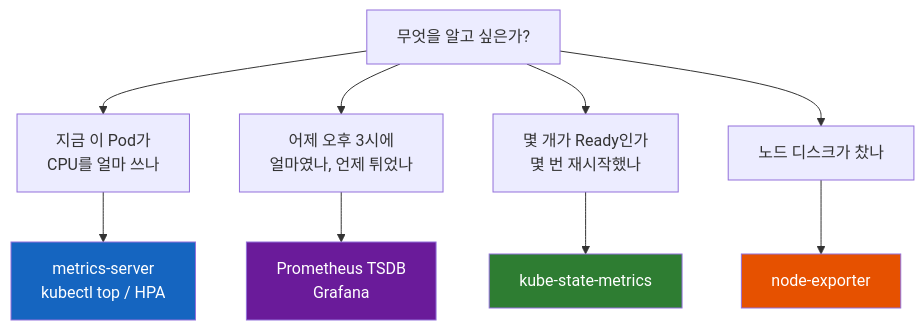
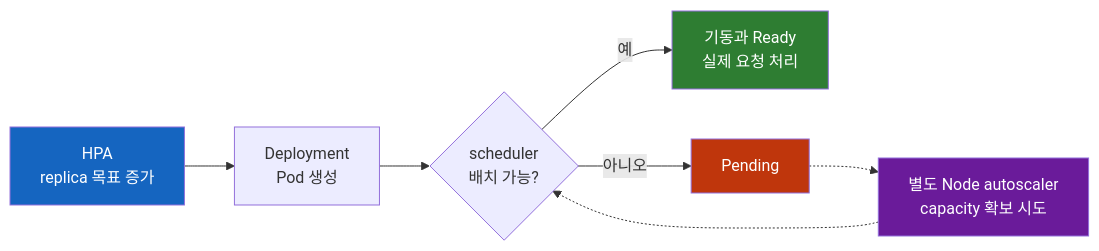
Before and after one commit to sskim91/TIL: the second of 2 diagrams in kubernetes/Kubernetes-Metrics-Server-Prometheus.md, drawn with Mermaid. The commit also changed other lines of this file and 39 other files, not shown here.

````diff
--- a/kubernetes/Kubernetes-Metrics-Server-Prometheus.md
+++ b/kubernetes/Kubernetes-Metrics-Server-Prometheus.md
@@ -246,16 +190,13 @@
 ```mermaid
-flowchart TD
-    Q["무엇을 알고 싶은가?"]
-    Q --> Q1["지금 이 Pod가<br>CPU를 얼마 쓰나"]
-    Q --> Q2["어제 오후 3시에<br>얼마였나, 언제 튀었나"]
-    Q --> Q3["몇 개가 Ready인가<br>몇 번 재시작했나"]
-    Q --> Q4["노드 디스크가 찼나"]
-    Q1 --> A1["metrics-server<br>kubectl top / HPA"]
-    Q2 --> A2["Prometheus TSDB<br>Grafana"]
-    Q3 --> A3["kube-state-metrics"]
-    Q4 --> A4["node-exporter"]
-    style A1 fill:#1565C0,color:#fff
-    style A2 fill:#6A1B9A,color:#fff
-    style A3 fill:#2E7D32,color:#fff
-    style A4 fill:#E65100,color:#fff
+flowchart LR
+    H["HPA<br>replica 목표 증가"] --> D["Deployment<br>Pod 생성"]
+    D --> S{"scheduler<br>배치 가능?"}
+    S -->|"예"| R["기동과 Ready<br>실제 요청 처리"]
+    S -->|"아니오"| P["Pending"]
+    P -.-> N["별도 Node autoscaler<br>capacity 확보 시도"]
+    N -.-> S
+    style H fill:#1565C0,color:#fff
+    style R fill:#2E7D32,color:#fff
+    style P fill:#BF360C,color:#fff
+    style N fill:#6A1B9A,color:#fff
 ```
````
